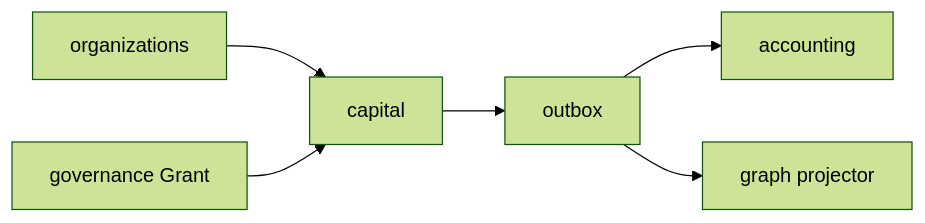
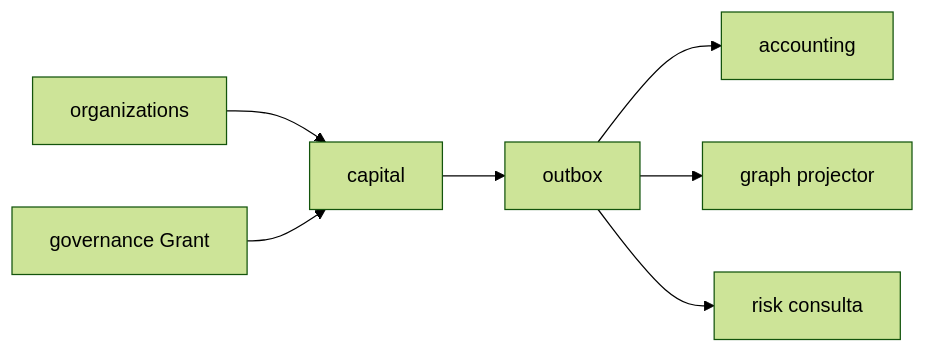
One commit to jcafeitosa/anxionOS changed the diagram in docs/orchestration/modules/capital/R06-dependencies.md. Above: the diagram before and after it, drawn with Mermaid (forest theme). The commit also changed other lines of this file and 4 other files, not shown here.

````diff
--- a/docs/orchestration/modules/capital/R06-dependencies.md
+++ b/docs/orchestration/modules/capital/R06-dependencies.md
@@ -49,8 +61,9 @@
 ```mermaid
 flowchart LR
   org[organizations] --> cap[capital]
   gov[governance Grant] --> cap
   cap --> evt[outbox]
   evt --> acc[accounting]
   evt --> grp[graph projector]
+  evt --> rsk[risk consulta]
 ```
````
